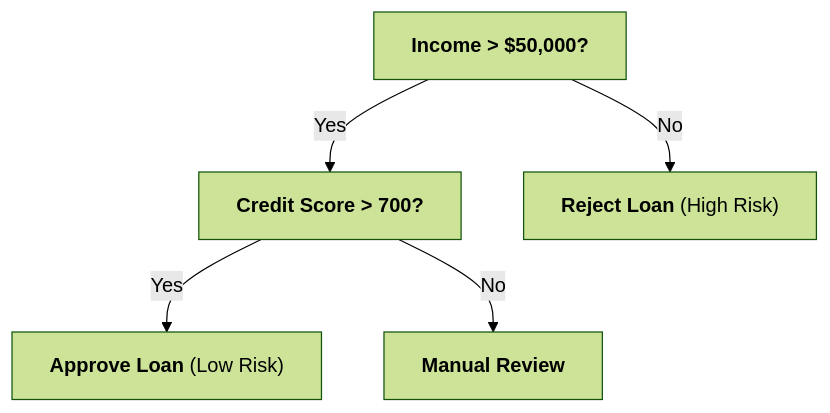
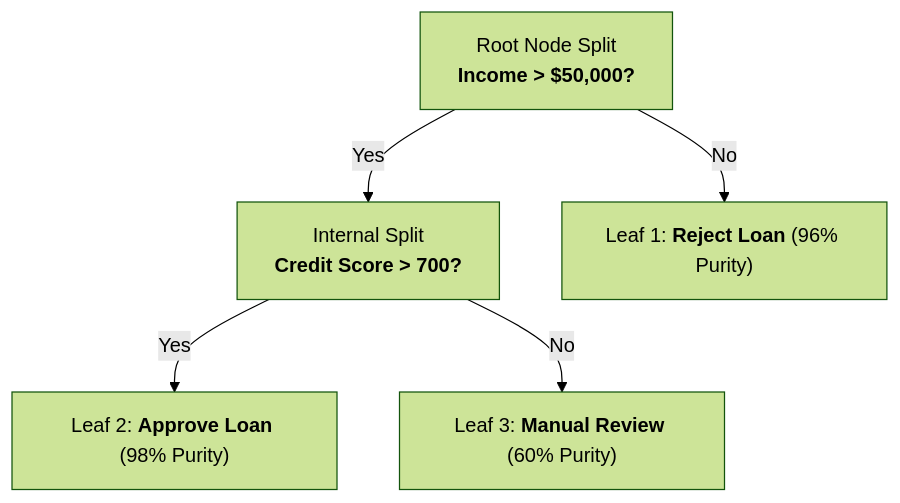
Before and after one commit to rahulkumarjha26/genai-study-materials: the third of 3 diagrams in ML_CORE_CONCEPTS.md, drawn with Mermaid (forest theme). The commit also changed other lines of this file, not shown here.

````diff
--- a/ML_CORE_CONCEPTS.md
+++ b/ML_CORE_CONCEPTS.md
@@ -99,8 +309,8 @@
 ```mermaid
 flowchart TD
-    Root["<b>Income > $50,000?</b>"]
-    Root -- Yes --> N1["<b>Credit Score > 700?</b>"]
-    Root -- No --> L1["<b>Reject Loan</b> (High Risk)"]
-    N1 -- Yes --> L2["<b>Approve Loan</b> (Low Risk)"]
-    N1 -- No --> L3["<b>Manual Review</b>"]
+    Root["Root Node Split<br/><b>Income > $50,000?</b>"]
+    Root -- Yes --> N1["Internal Split<br/><b>Credit Score > 700?</b>"]
+    Root -- No --> L1["Leaf 1: <b>Reject Loan</b> (96% Purity)"]
+    N1 -- Yes --> L2["Leaf 2: <b>Approve Loan</b> (98% Purity)"]
+    N1 -- No --> L3["Leaf 3: <b>Manual Review</b> (60% Purity)"]
 ```
````
